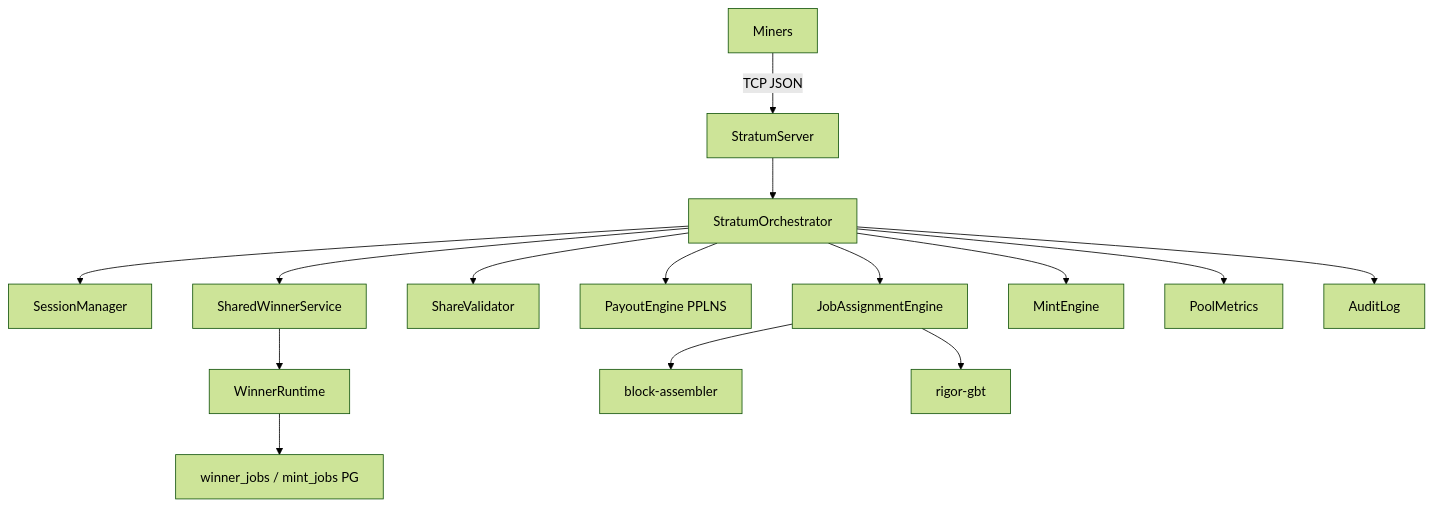
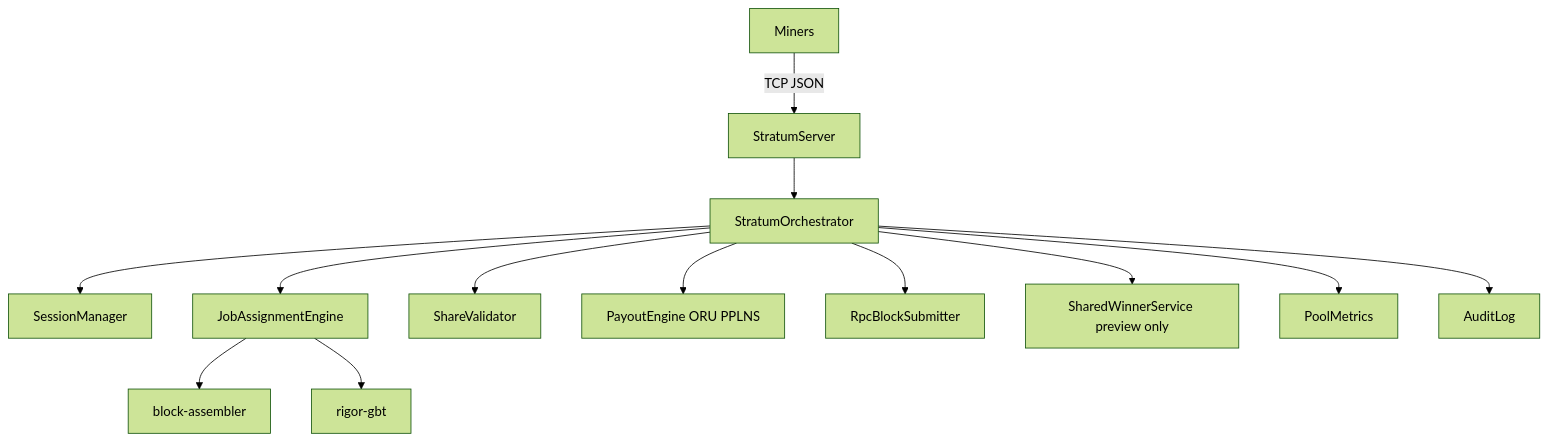
The diagram in pool/stratum-server/docs/ARCHITECTURE.md (Alok-mad98/rigorchain), drawn with Mermaid (forest theme) before and after one commit. The commit also changed other lines of this file and 168 other files, not shown here.

````diff
--- a/pool/stratum-server/docs/ARCHITECTURE.md
+++ b/pool/stratum-server/docs/ARCHITECTURE.md
@@ -5,17 +6,15 @@
 ```mermaid
 flowchart TB
     MINER["Miners"] -->|TCP JSON| STRAT["StratumServer"]
     STRAT --> ORCH["StratumOrchestrator"]
     ORCH --> SESS["SessionManager"]
     ORCH --> JOBS["JobAssignmentEngine"]
     ORCH --> VAL["ShareValidator"]
-    ORCH --> PAY["PayoutEngine PPLNS"]
-    ORCH --> WINSVC["SharedWinnerService"]
-    WINSVC --> WERT["WinnerRuntime"]
-    ORCH --> MINT["MintEngine"]
+    ORCH --> PAY["PayoutEngine ORU PPLNS"]
+    ORCH --> SUBMIT["RpcBlockSubmitter"]
+    ORCH --> WINSVC["SharedWinnerService preview only"]
     JOBS --> BA["block-assembler"]
     JOBS --> GBT["rigor-gbt"]
-    WERT --> PG["winner_jobs / mint_jobs PG"]
     ORCH --> MET["PoolMetrics"]
     ORCH --> AUD["AuditLog"]
 ```
````
